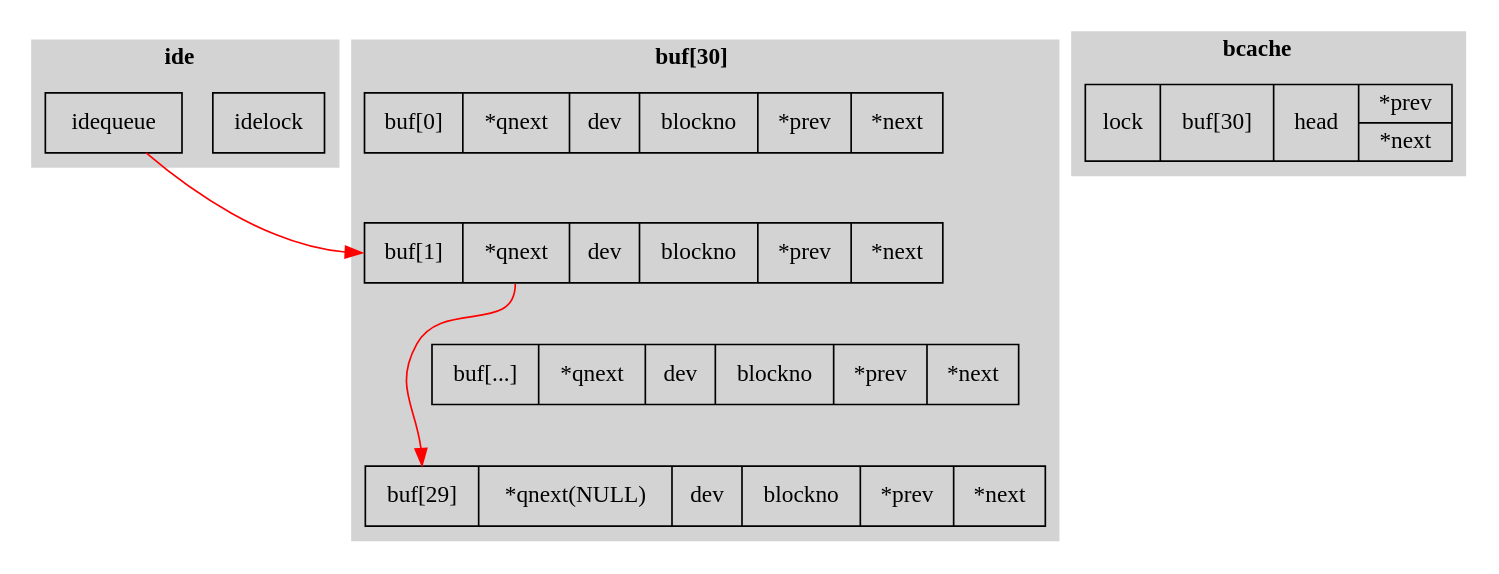
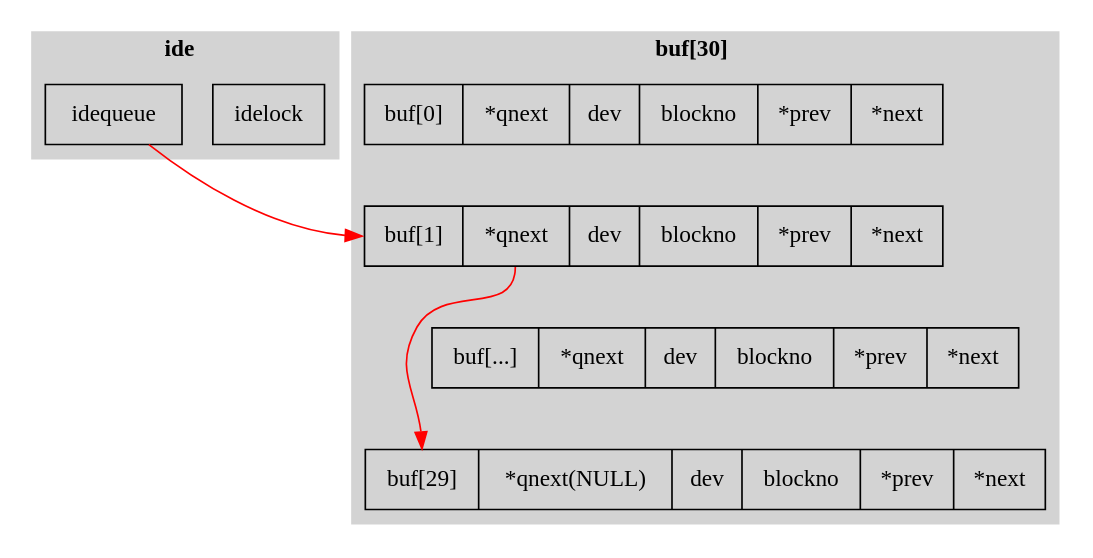
The diagram in img/idequeue.dot (Jeanhwea/xv6-course), drawn with Graphviz before and after one commit. The commit also changed 1 other file, not shown here.

```diff
--- a/img/idequeue.dot
+++ b/img/idequeue.dot
@@ -1,28 +1,29 @@
 digraph idequeue {
   // rankdir=LR;
   node [shape=record];
 
   subgraph cluster_queue {
     label=<<b>ide</b>>; style=filled; color=lightgray;
     idelock[label="idelock"];
     idequeue[label="<h>idequeue"];
   }
   // bcache:b -> cluster_bufs;
 
-  subgraph cluster_bcache {
-    label=<<b>bcache</b>>; style=filled; color=lightgray;
-    bcache[label="lock|<b>buf[30]|<h>head|{<p>*prev|<n>*next}"];
-  }
   subgraph cluster_bufs {
     label=<<b>buf[30]</b>>; style=filled; color=lightgray;
     buf1[label="<a>buf[0]  |<n>*qnext      |dev|blockno|*prev|*next"];
     buf2[label="<a>buf[1]  |<n>*qnext      |dev|blockno|*prev|*next"];
     buf3[label="<a>buf[...]|<n>*qnext      |dev|blockno|*prev|*next"];
     buf9[label="<a>buf[29] |<n>*qnext(NULL)|dev|blockno|*prev|*next"];
     buf1->buf2->buf3->buf9 [style=invis];
     // rank=same {buf1 buf2 buf3 buf9}
   }
 
   idequeue:h -> buf2:a [color=red];
   buf2:n     -> buf9:a [color=red];
+
+  // subgraph cluster_bcache {
+  //   label=<<b>bcache</b>>; style=filled; color=lightgray;
+  //   bcache[label="lock|<b>buf[30]|<h>head|{<p>*prev|<n>*next}"];
+  // }
 }
```
